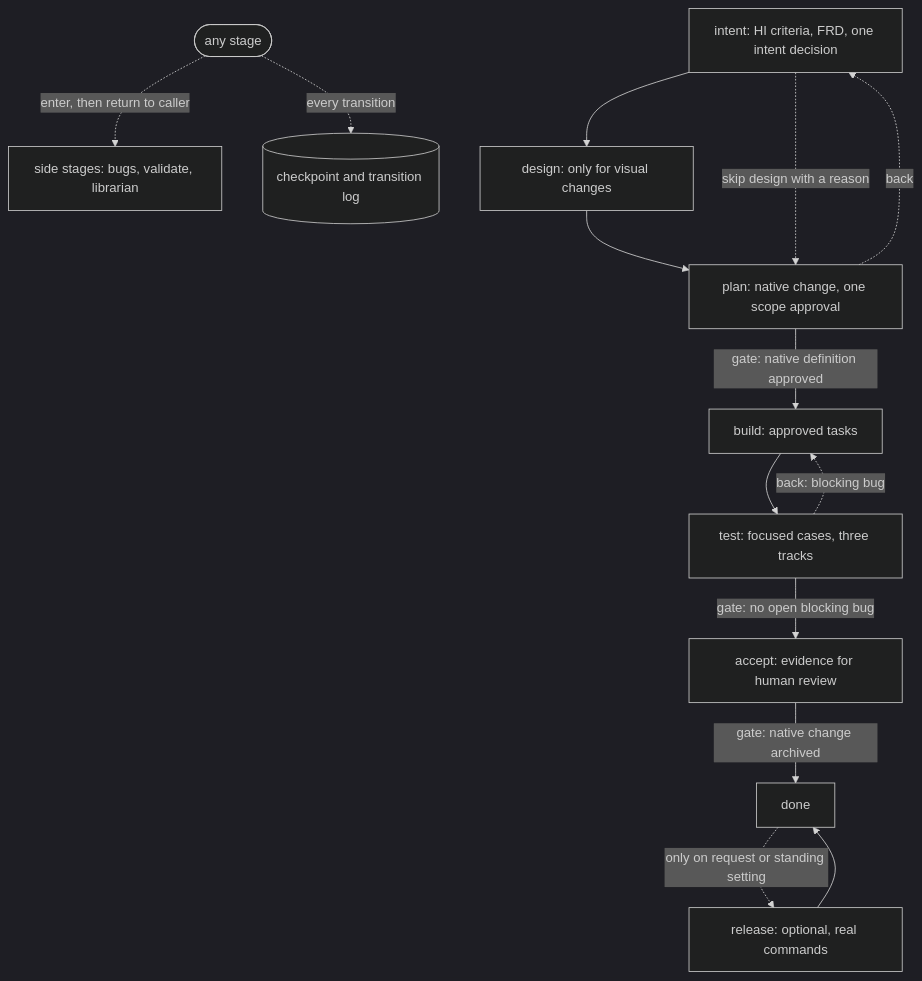
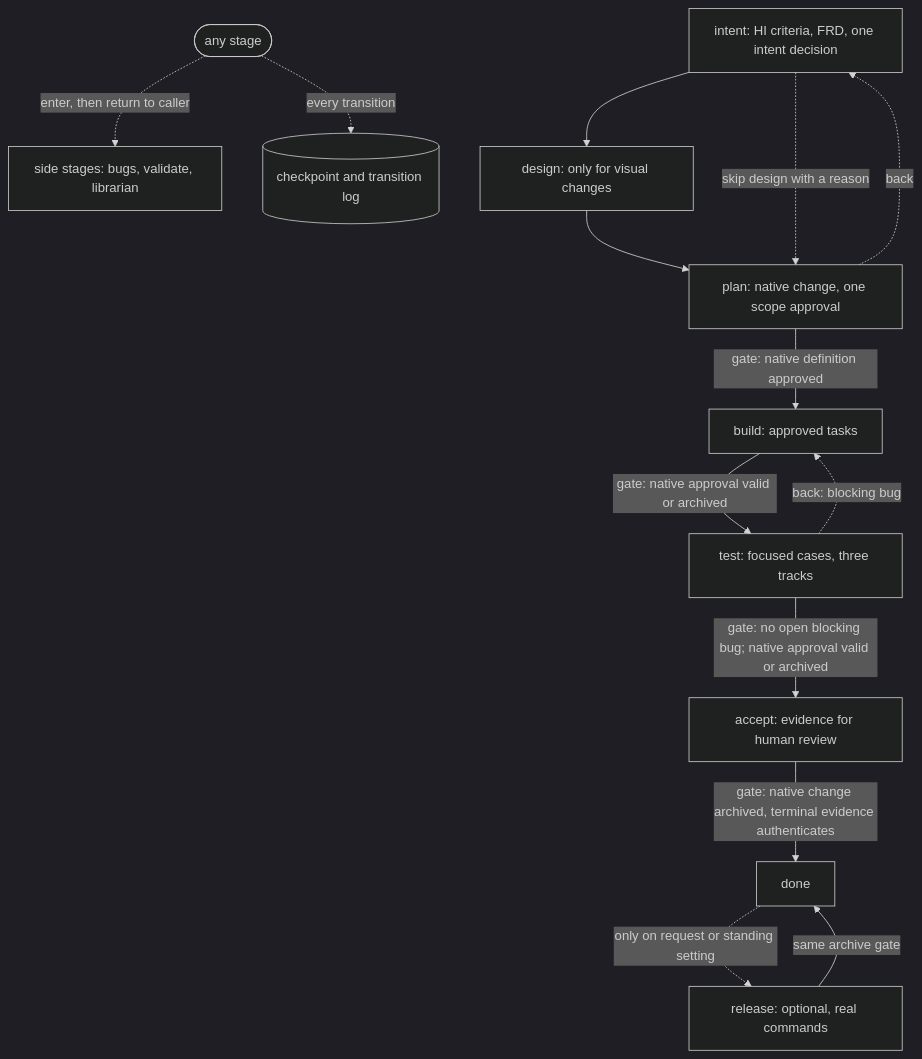
Before and after one commit to CorvidLabs/chough: the first of 2 diagrams in docs/lifecycle.md, drawn with Mermaid (dark theme). The commit also changed other lines of this file and 19 other files, not shown here.

````diff
--- a/docs/lifecycle.md
+++ b/docs/lifecycle.md
@@ -11,16 +11,16 @@
 ```mermaid
 flowchart TB
     intent["intent: HI criteria, FRD, one intent decision"] --> design["design: only for visual changes"]
     intent -. "skip design with a reason" .-> plan
     design --> plan["plan: native change, one scope approval"]
     plan -->|"gate: native definition approved"| build["build: approved tasks"]
-    build --> test["test: focused cases, three tracks"]
-    test -->|"gate: no open blocking bug"| accept["accept: evidence for human review"]
-    accept -->|"gate: native change archived"| done["done"]
+    build -->|"gate: native approval valid or archived"| test["test: focused cases, three tracks"]
+    test -->|"gate: no open blocking bug; native approval valid or archived"| accept["accept: evidence for human review"]
+    accept -->|"gate: native change archived, terminal evidence authenticates"| done["done"]
     done -. "only on request or standing setting" .-> release["release: optional, real commands"]
-    release --> done
+    release -->|"same archive gate"| done
     test -. "back: blocking bug" .-> build
     plan -. "back" .-> intent
     any(["any stage"]) -. "enter, then return to caller" .-> side["side stages: bugs, validate, librarian"]
     any -. "every transition" .-> checkpoint[("checkpoint and transition log")]
 ```
````
